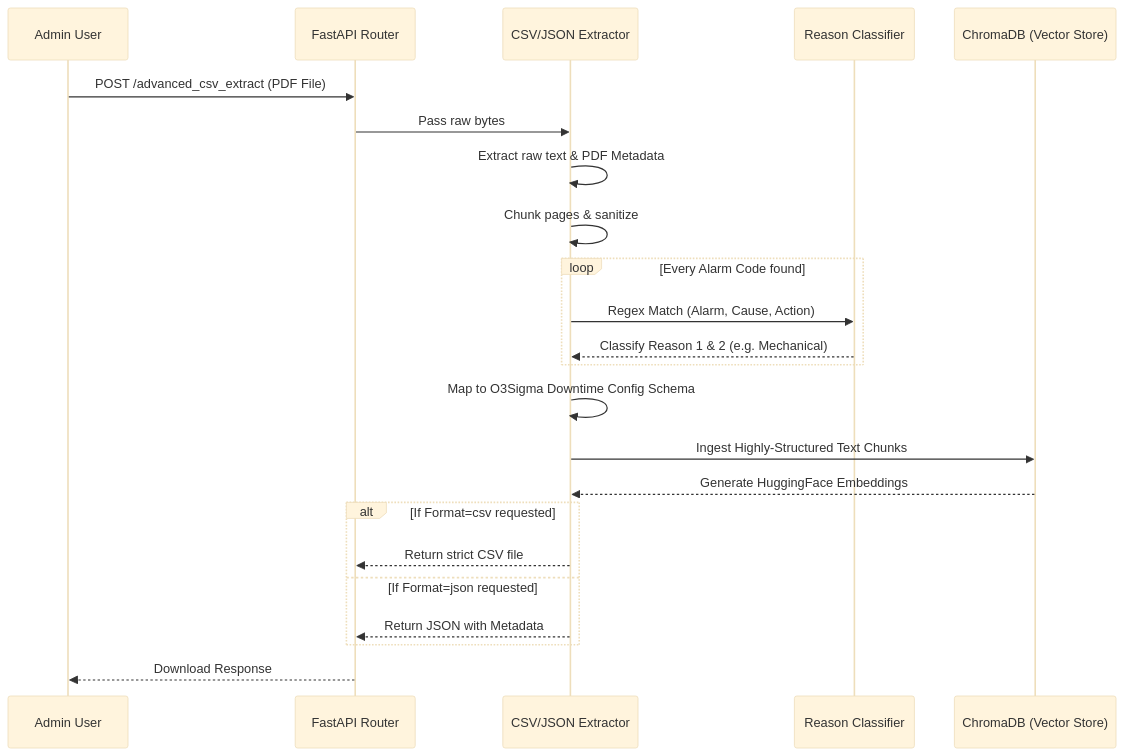
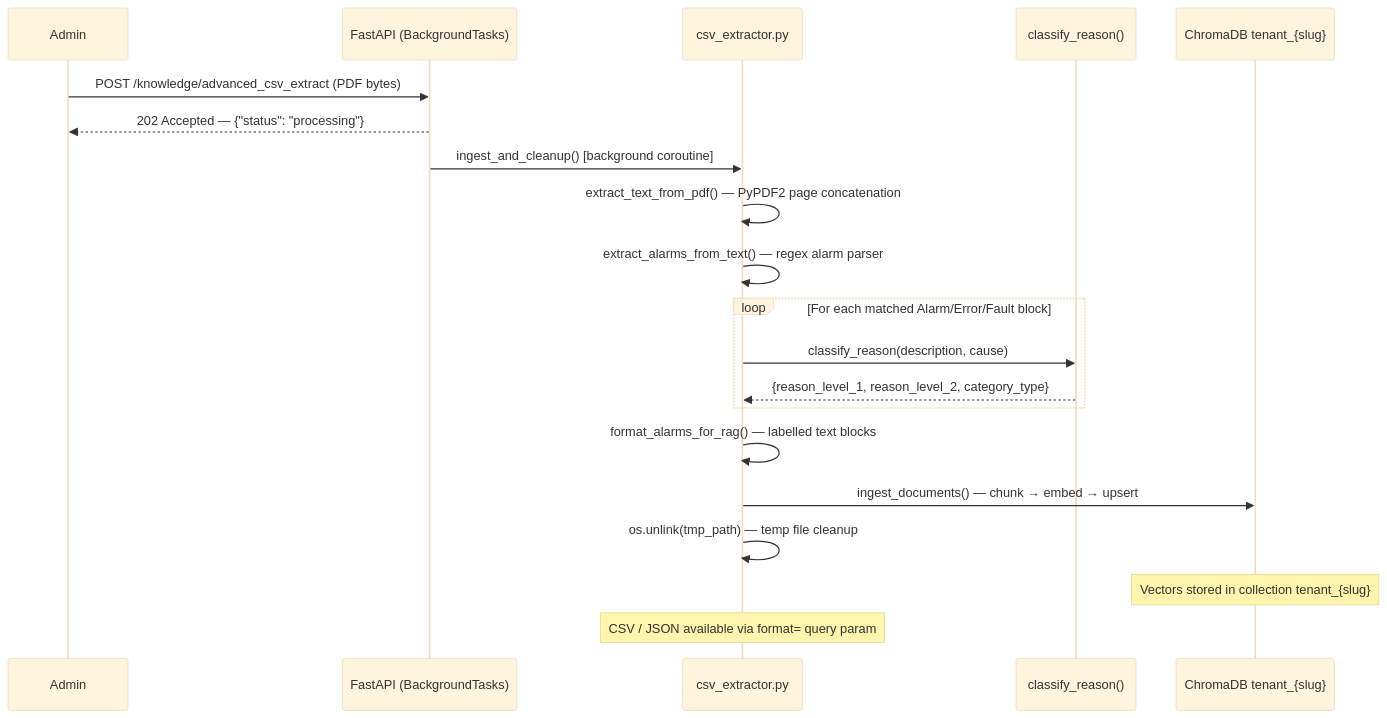
The third of 3 diagrams in README.md (raghdaemara1/Ai-Support-system), drawn with Mermaid (base theme) before and after one commit. The commit also changed other lines of this file and 5 other files, not shown here.

````diff
--- a/README.md
+++ b/README.md
@@ -175,30 +183,27 @@
 ```mermaid
 sequenceDiagram
-    participant Admin as Admin User
-    participant API as FastAPI Router
-    participant Extractor as CSV/JSON Extractor
-    participant Heuristics as Reason Classifier
-    participant Chroma as ChromaDB (Vector Store)
-    
-    Admin->>API: POST /advanced_csv_extract (PDF File)
-    API->>Extractor: Pass raw bytes
-    Extractor->>Extractor: Extract raw text & PDF Metadata
-    Extractor->>Extractor: Chunk pages & sanitize
-    
-    loop Every Alarm Code found
-        Extractor->>Heuristics: Regex Match (Alarm, Cause, Action)
-        Heuristics-->>Extractor: Classify Reason 1 & 2 (e.g. Mechanical)
+    participant Admin     as Admin
+    participant API       as FastAPI (BackgroundTasks)
+    participant Extractor as csv_extractor.py
+    participant Heuristic as classify_reason()
+    participant Chroma    as ChromaDB tenant_{slug}
+
+    Admin    ->> API       : POST /knowledge/advanced_csv_extract (PDF bytes)
+    API      -->> Admin    : 202 Accepted — {"status": "processing"}
+    API      ->> Extractor : ingest_and_cleanup() [background coroutine]
+
+    Extractor ->> Extractor : extract_text_from_pdf() — PyPDF2 page concatenation
+    Extractor ->> Extractor : extract_alarms_from_text() — regex alarm parser
+
+    loop For each matched Alarm/Error/Fault block
+        Extractor ->> Heuristic : classify_reason(description, cause)
+        Heuristic -->> Extractor: {reason_level_1, reason_level_2, category_type}
     end
-    
-    Extractor->>Extractor: Map to O3Sigma Downtime Config Schema
-    Extractor->>Chroma: Ingest Highly-Structured Text Chunks
-    Chroma-->>Extractor: Generate HuggingFace Embeddings
-    
-    alt If Format=csv requested
-        Extractor-->>API: Return strict CSV file
-    else If Format=json requested
-        Extractor-->>API: Return JSON with Metadata
-    end
-    
-    API-->>Admin: Download Response
+
+    Extractor ->> Extractor : format_alarms_for_rag() — labelled text blocks
+    Extractor ->> Chroma    : ingest_documents() — chunk → embed → upsert
+    Extractor ->> Extractor : os.unlink(tmp_path) — temp file cleanup
+
+    Note over Chroma: Vectors stored in collection tenant_{slug}
+    Note over Extractor: CSV / JSON available via format= query param
 ```
````
